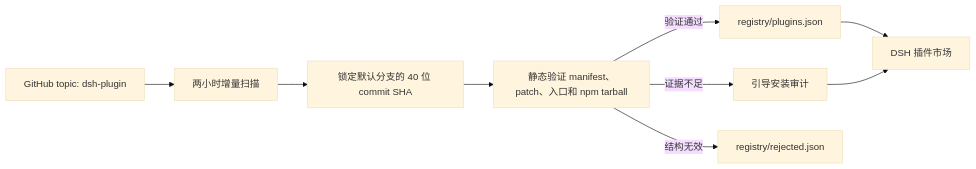
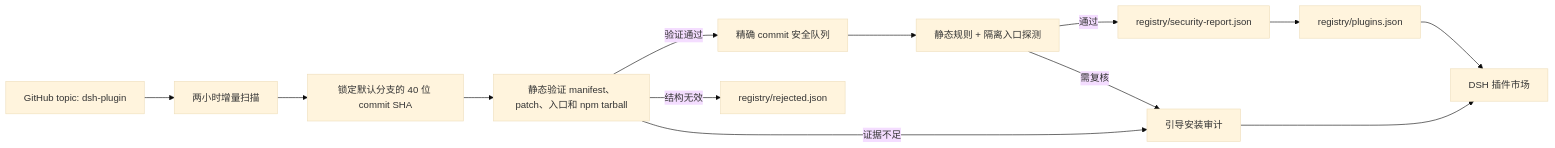
The diagram in README.md (Q11071/dsh-plugin-marketplace), drawn with Mermaid (base theme) before and after one commit. The commit also changed other lines of this file and 22 other files, not shown here.

````diff
--- a/README.md
+++ b/README.md
@@ -151,11 +153,15 @@
 ```mermaid
 flowchart LR
     A["GitHub topic: dsh-plugin"] --> B["两小时增量扫描"]
     B --> C["锁定默认分支的 40 位 commit SHA"]
     C --> D["静态验证 manifest、patch、入口和 npm tarball"]
-    D -->|"验证通过"| E["registry/plugins.json"]
+    D -->|"验证通过"| E["精确 commit 安全队列"]
+    E --> I["静态规则 + 隔离入口探测"]
+    I -->|"通过"| J["registry/security-report.json"]
+    I -->|"需复核"| F
+    J --> K["registry/plugins.json"]
     D -->|"证据不足"| F["引导安装审计"]
     D -->|"结构无效"| G["registry/rejected.json"]
-    E --> H["DSH 插件市场"]
+    K --> H["DSH 插件市场"]
     F --> H
 ```
````
